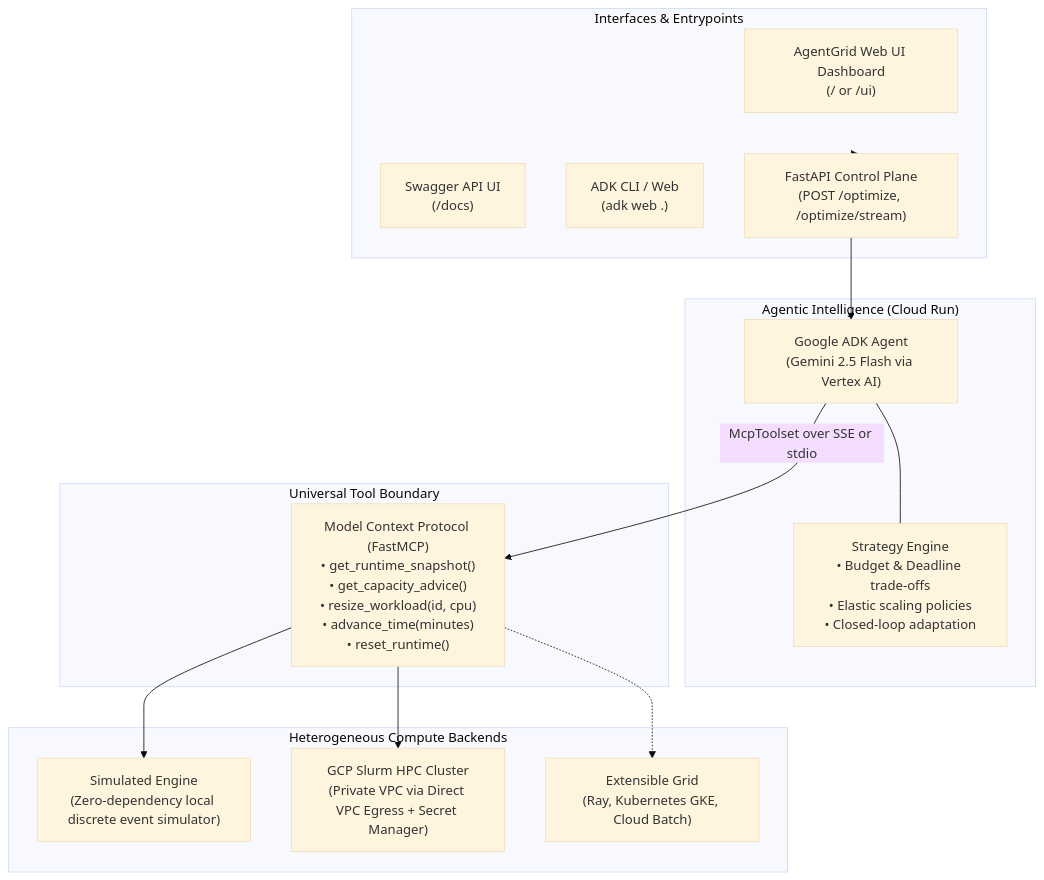
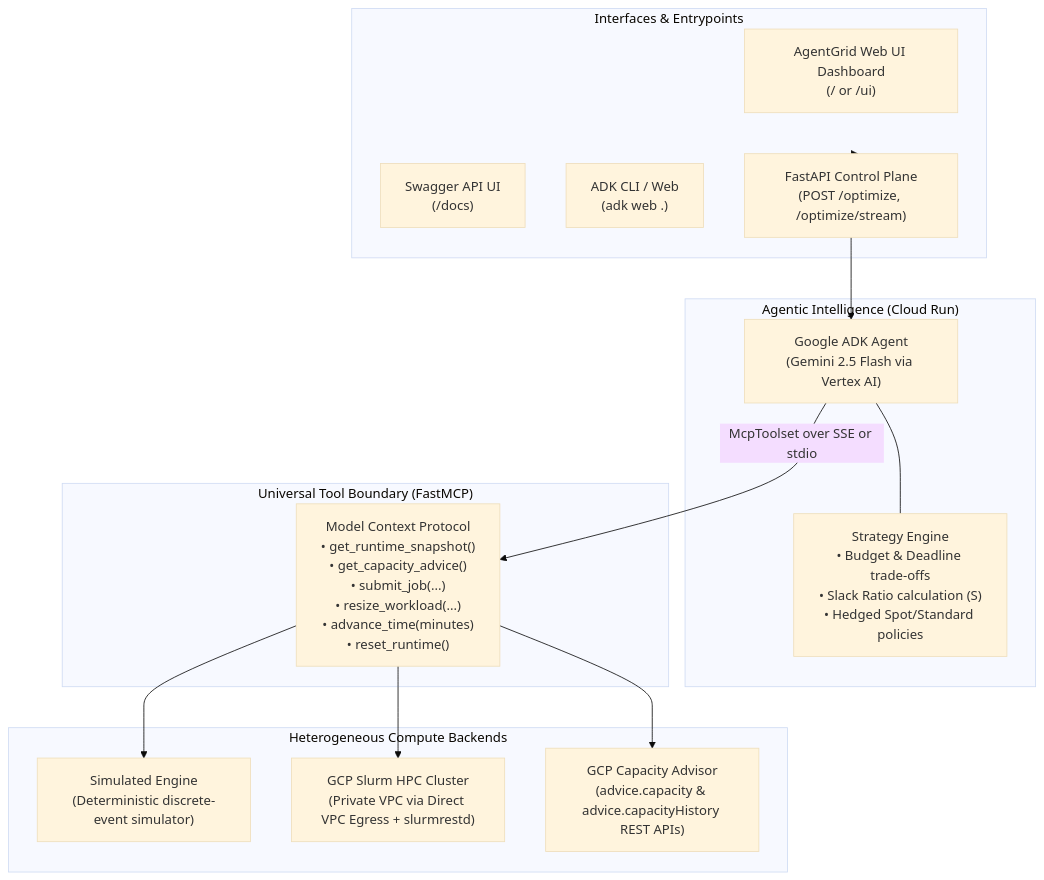
One commit to samy-fadel/agentgrid changed the second of 3 diagrams in README.md. Above: the diagram before and after it, drawn with Mermaid (base theme). The commit also changed other lines of this file, not shown here.

````diff
--- a/README.md
+++ b/README.md
@@ -59,32 +72,32 @@
 ```mermaid
 flowchart TB
     subgraph Clients ["Interfaces & Entrypoints"]
         Dashboard["AgentGrid Web UI Dashboard<br/>(/ or /ui)"]
         UI["Swagger API UI<br/>(/docs)"]
         CLI["ADK CLI / Web<br/>(adk web .)"]
         API["FastAPI Control Plane<br/>(POST /optimize, /optimize/stream)"]
     end
 
     subgraph AgentPlane ["Agentic Intelligence (Cloud Run)"]
         Agent["Google ADK Agent<br/>(Gemini 2.5 Flash via Vertex AI)"]
-        Prompt["Strategy Engine<br/>• Budget & Deadline trade-offs<br/>• Elastic scaling policies<br/>• Closed-loop adaptation"]
+        Prompt["Strategy Engine<br/>• Budget & Deadline trade-offs<br/>• Slack Ratio calculation (S)<br/>• Hedged Spot/Standard policies"]
         Agent --- Prompt
     end
 
-    subgraph Protocol ["Universal Tool Boundary"]
-        MCP["Model Context Protocol (FastMCP)<br/>• get_runtime_snapshot()<br/>• get_capacity_advice()<br/>• resize_workload(id, cpu)<br/>• advance_time(minutes)<br/>• reset_runtime()"]
+    subgraph Protocol ["Universal Tool Boundary (FastMCP)"]
+        MCP["Model Context Protocol<br/>• get_runtime_snapshot()<br/>• get_capacity_advice()<br/>• submit_job(...)<br/>• resize_workload(...)<br/>• advance_time(minutes)<br/>• reset_runtime()"]
     end
 
     subgraph Infrastructure ["Heterogeneous Compute Backends"]
-        Sim["Simulated Engine<br/>(Zero-dependency local discrete event simulator)"]
-        Slurm["GCP Slurm HPC Cluster<br/>(Private VPC via Direct VPC Egress + Secret Manager)"]
-        Future["Extensible Grid<br/>(Ray, Kubernetes GKE, Cloud Batch)"]
+        Sim["Simulated Engine<br/>(Deterministic discrete-event simulator)"]
+        Slurm["GCP Slurm HPC Cluster<br/>(Private VPC via Direct VPC Egress + slurmrestd)"]
+        Advisor["GCP Capacity Advisor<br/>(advice.capacity & advice.capacityHistory REST APIs)"]
     end
 
     Clients --> API
     API --> Agent
     Agent -->|McpToolset over SSE or stdio| MCP
     MCP --> Sim
     MCP --> Slurm
-    MCP -.-> Future
+    MCP --> Advisor
 ```
````
